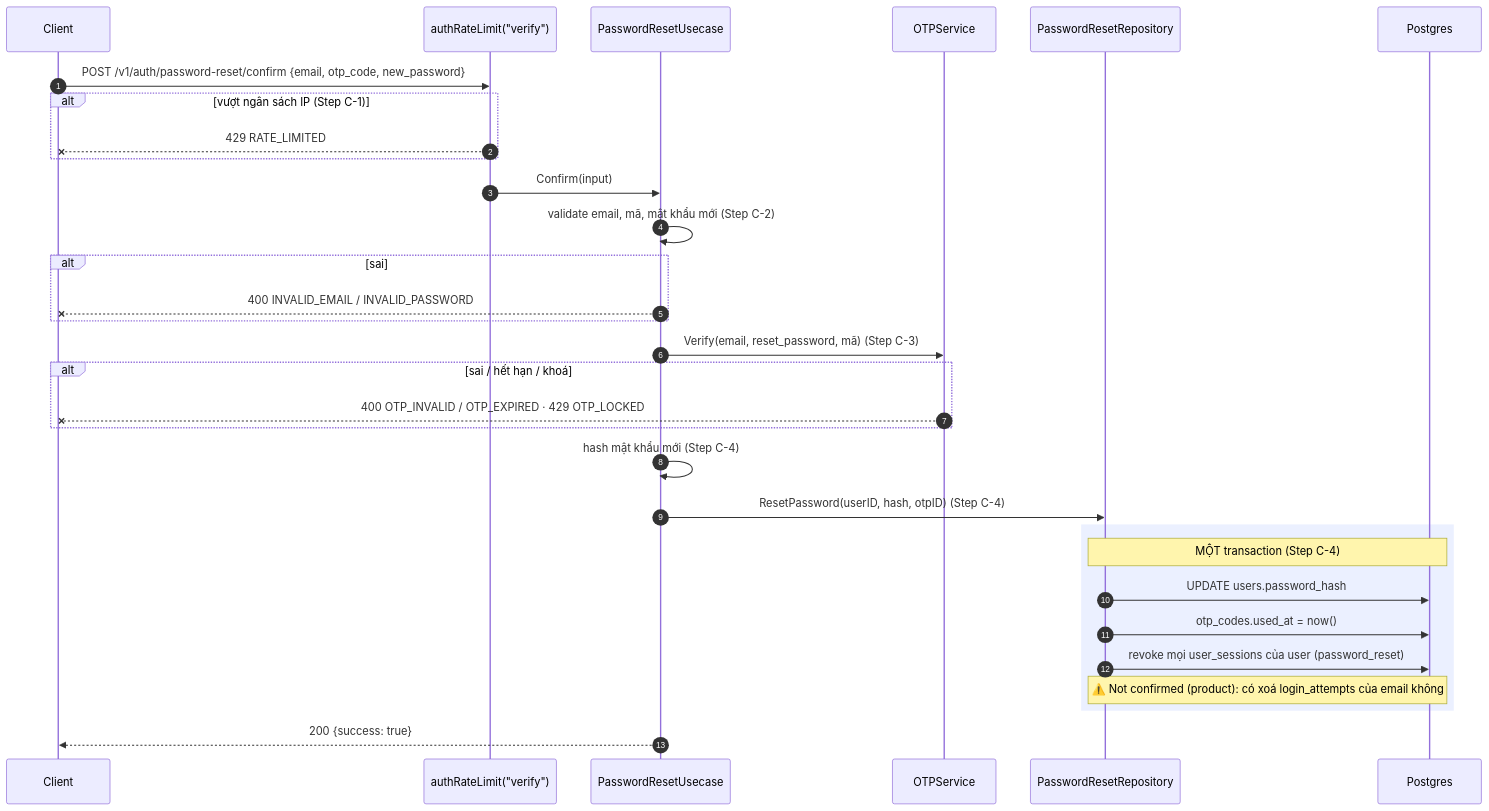
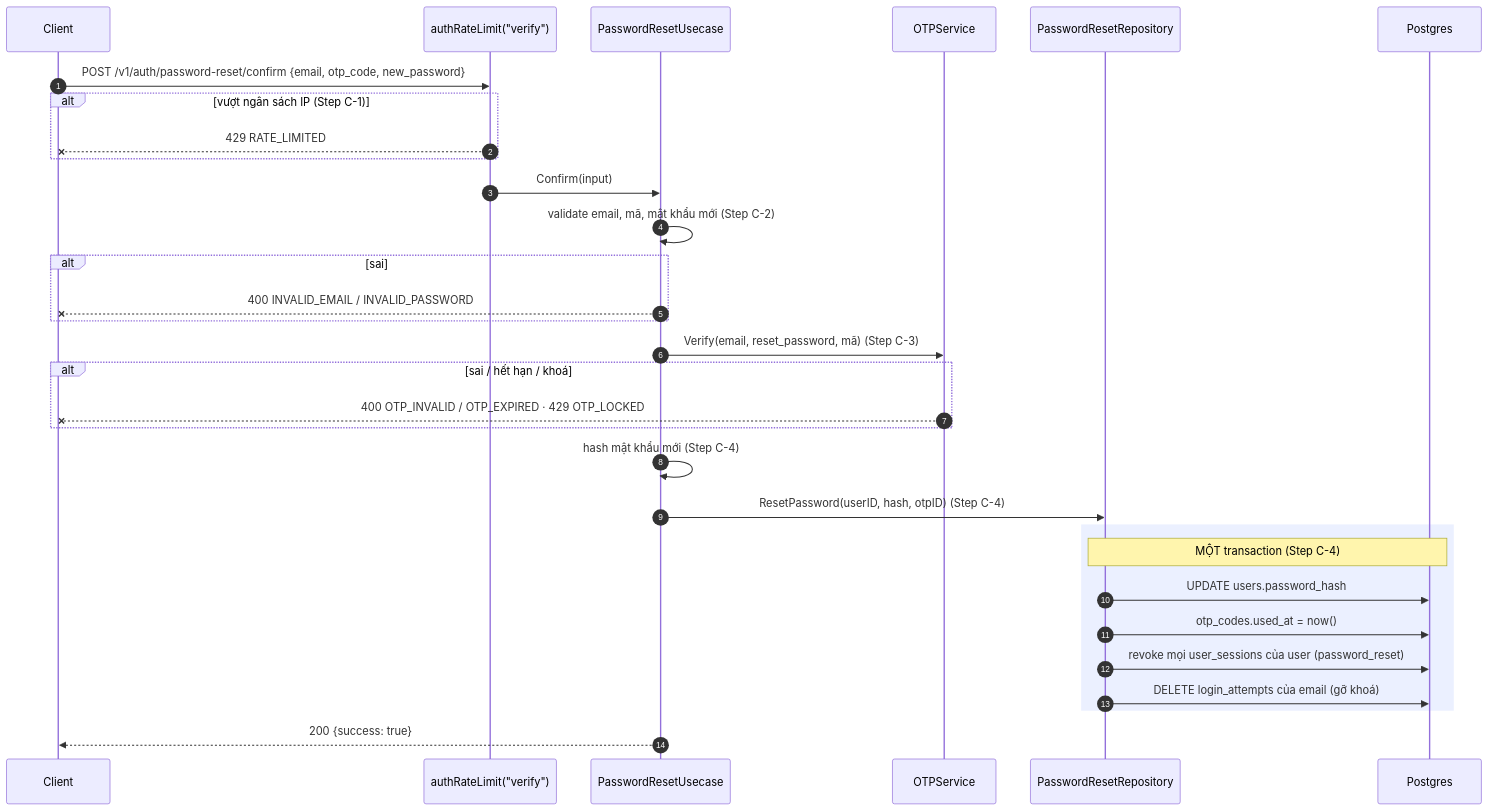
One commit to chjpcojit/innerlamp-be changed the fourth of 4 diagrams in docs/specs/features/login/flow.md. Above: the diagram before and after it, drawn with Mermaid. The commit also changed other lines of this file and 7 other files, not shown here.

First line of the commit message:
docs: password reset lifts the sign-in lock (product login v1.2, BE login v2.1)

````diff
--- a/docs/specs/features/login/flow.md
+++ b/docs/specs/features/login/flow.md
@@ -117,34 +117,34 @@
 ```mermaid
 sequenceDiagram
     autonumber
     participant C as Client
     participant L as authRateLimit("verify")
     participant U as PasswordResetUsecase
     participant O as OTPService
     participant R as PasswordResetRepository
     participant DB as Postgres
 
     C->>L: POST /v1/auth/password-reset/confirm {email, otp_code, new_password}
     alt vượt ngân sách IP (Step C-1)
         L--xC: 429 RATE_LIMITED
     end
     L->>U: Confirm(input)
     U->>U: validate email, mã, mật khẩu mới (Step C-2)
     alt sai
         U--xC: 400 INVALID_EMAIL / INVALID_PASSWORD
     end
     U->>O: Verify(email, reset_password, mã) (Step C-3)
     alt sai / hết hạn / khoá
         O--xC: 400 OTP_INVALID / OTP_EXPIRED · 429 OTP_LOCKED
     end
     U->>U: hash mật khẩu mới (Step C-4)
     U->>R: ResetPassword(userID, hash, otpID) (Step C-4)
     rect rgb(235, 240, 255)
         Note over R,DB: MỘT transaction (Step C-4)
         R->>DB: UPDATE users.password_hash
         R->>DB: otp_codes.used_at = now()
         R->>DB: revoke mọi user_sessions của user (password_reset)
-        Note over R,DB: ⚠️ Not confirmed (product): có xoá login_attempts của email không
+        R->>DB: DELETE login_attempts của email (gỡ khoá)
     end
     U-->>C: 200 {success: true}
 ```
````
